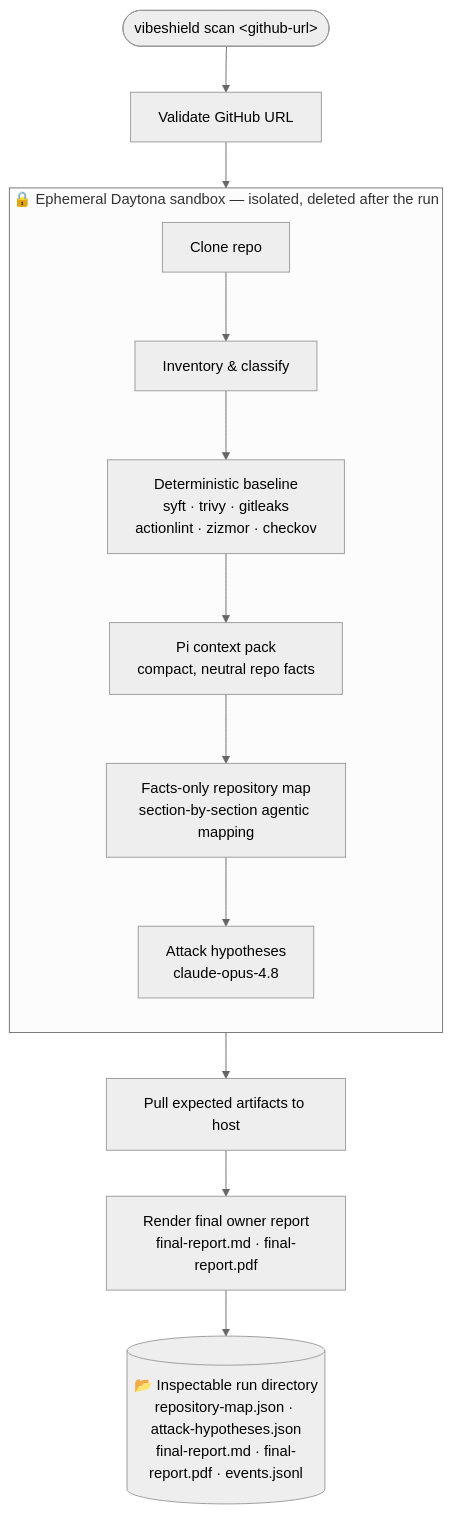
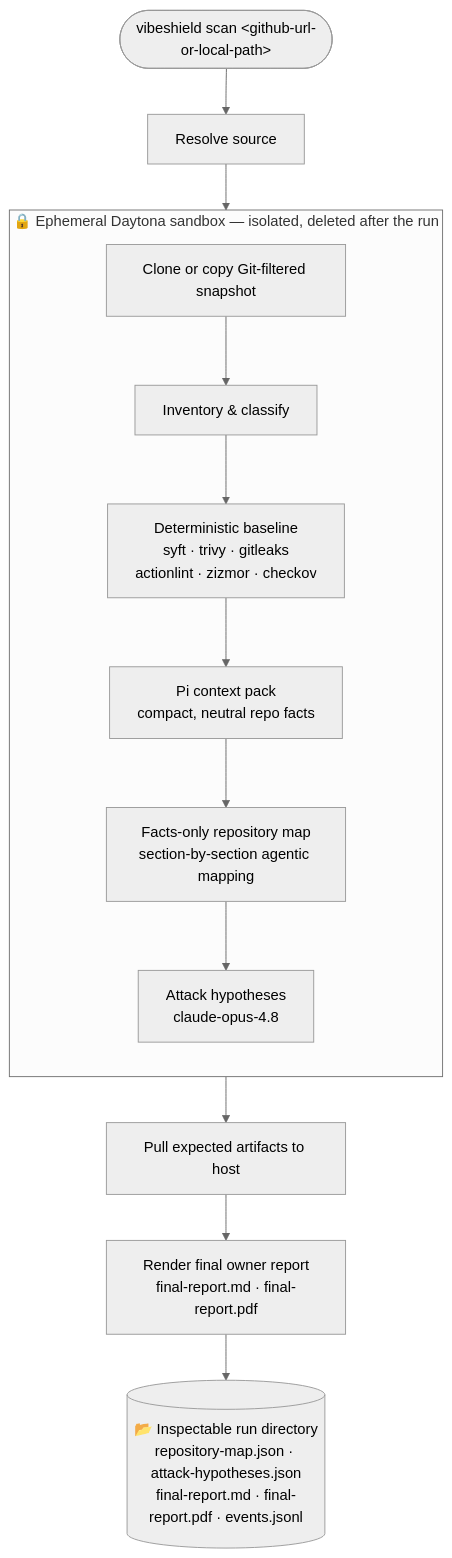
One commit to nuanu-ai/vibeshield changed the diagram in README.md. Above: the diagram before and after it, drawn with Mermaid (neutral theme). The commit also changed other lines of this file and 16 other files, not shown here.

Commit message:
feat: support local git scan sources

````diff
--- a/README.md
+++ b/README.md
@@ -55,18 +55,18 @@
 ```mermaid
 flowchart TD
-    A(["vibeshield scan &lt;github-url&gt;"]) --> V[Validate GitHub URL]
+    A(["vibeshield scan &lt;github-url-or-local-path&gt;"]) --> V[Resolve source]
     V --> SBX
 
     subgraph SBX ["🔒 Ephemeral Daytona sandbox — isolated, deleted after the run"]
         direction TB
-        C[Clone repo] --> I[Inventory & classify]
+        C[Clone or copy Git-filtered snapshot] --> I[Inventory & classify]
         I --> B["Deterministic baseline<br/>syft · trivy · gitleaks<br/>actionlint · zizmor · checkov"]
         B --> P["Pi context pack<br/>compact, neutral repo facts"]
         P --> M["Facts-only repository map<br/>section-by-section agentic mapping"]
         M --> H["Attack hypotheses<br/>claude-opus-4.8"]
     end
 
     H --> PULL[Pull expected artifacts to host]
     PULL --> RPT["Render final owner report<br/>final-report.md · final-report.pdf"]
     RPT --> R[("📂 Inspectable run directory<br/>repository-map.json · attack-hypotheses.json<br/>final-report.md · final-report.pdf · events.jsonl")]
 ```
````
